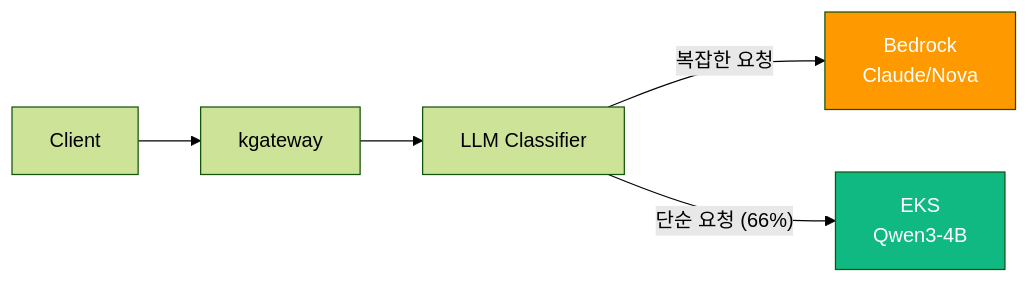
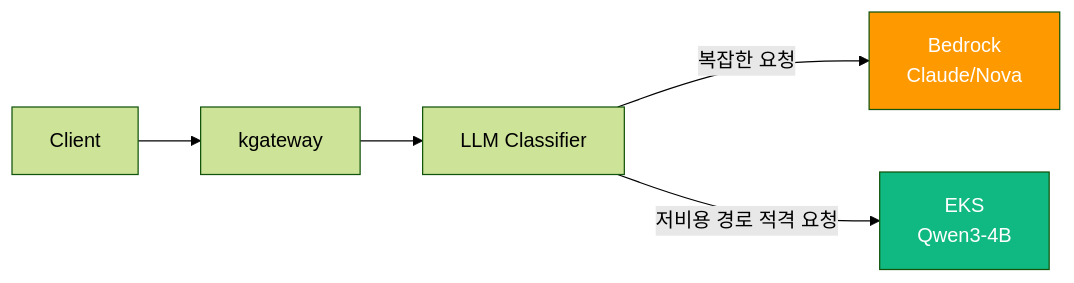
Before and after one commit to devfloor9/engineering-playbook: the fifth of 7 diagrams in docs/agentic-ai-platform/design-architecture/platform-selection/ai-platform-decision-framework.md, drawn with Mermaid (forest theme). The commit also changed other lines of this file and 4 other files, not shown here.

````diff
--- a/docs/agentic-ai-platform/design-architecture/platform-selection/ai-platform-decision-framework.md
+++ b/docs/agentic-ai-platform/design-architecture/platform-selection/ai-platform-decision-framework.md
@@ -247,10 +249,10 @@
 ```mermaid
 flowchart LR
     Client --> GW["kgateway"]
     GW --> Classifier["LLM Classifier"]
     Classifier -->|"복잡한 요청"| Bedrock["Bedrock<br/>Claude/Nova"]
-    Classifier -->|"단순 요청 (66%)"| SLM["EKS<br/>Qwen3-4B"]
+    Classifier -->|"저비용 경로 적격 요청"| SLM["EKS<br/>Qwen3-4B"]
     
     style Bedrock fill:#ff9900,color:#fff
     style SLM fill:#10b981,color:#fff
 ```
````
